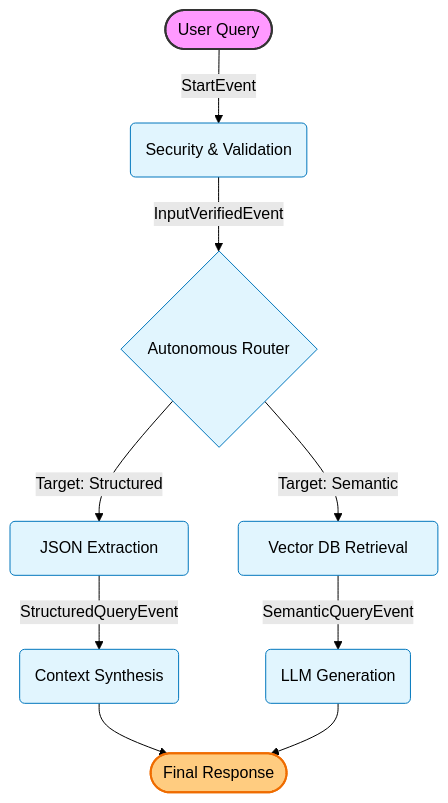
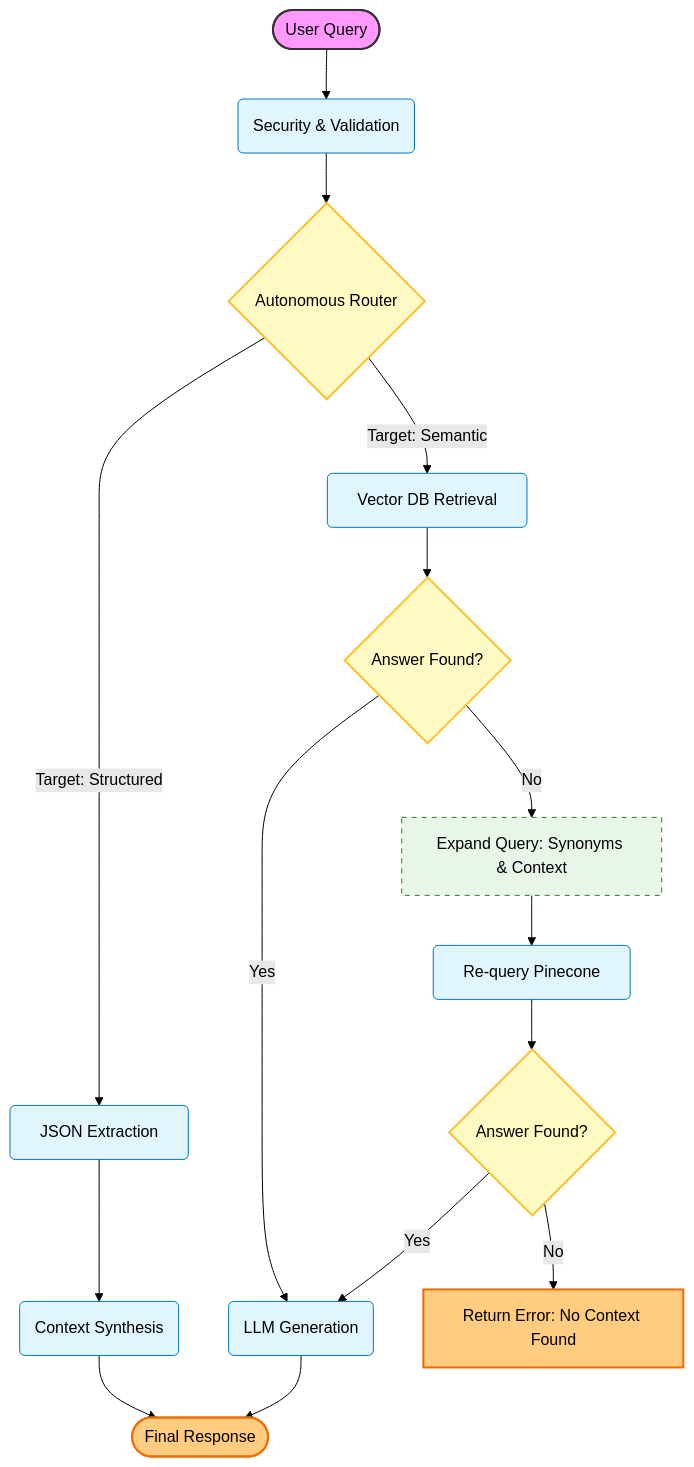
One commit to Chedvy-Rizi/Agentic-Insights-RAG changed the diagram in README.md. Above: the diagram before and after it, drawn with Mermaid (forest theme). The commit also changed other lines of this file, not shown here.

Commit message:
fix the workflow with all the steps

````diff
--- a/README.md
+++ b/README.md
@@ -40,26 +40,34 @@
 ```mermaid
 graph TD
     %% Style Definitions
     classDef start fill:#f9f,stroke:#333,stroke-width:2px,color:black;
     classDef step fill:#e1f5fe,stroke:#0277bd,stroke-width:1px,color:black,rx:5,ry:5;
-    classDef event fill:#e8f5e9,stroke:#2e7d32,stroke-width:1px,color:black,stroke-dasharray: 5 5;
+    classDef decision fill:#fff9c4,stroke:#fbc02d,stroke-width:2px,color:black;
+    classDef retry fill:#e8f5e9,stroke:#2e7d32,stroke-width:1px,color:black,stroke-dasharray: 5 5;
     classDef stop fill:#ffcc80,stroke:#ef6c00,stroke-width:2px,color:black;
 
     %% Entry Point
-    A([User Query]):::start -->|StartEvent| B(Security & Validation):::step
+    A([User Query]):::start --> B(Security & Validation):::step
+    B --> C{Autonomous Router}:::decision
 
-    %% Validation Stage
-    B -->|InputVerifiedEvent| C{Autonomous Router}:::step
+    %% Path A: Structured
+    C -->|Target: Structured| D[JSON Extraction]:::step
+    D --> F(Context Synthesis):::step
 
-    %% The Routing Logic
-    C -->|Target: Structured| D[JSON Extraction]:::step
+    %% Path B: Semantic (The Detailed Flow)
     C -->|Target: Semantic| E[Vector DB Retrieval]:::step
-
-    %% Path A: Structured Data
-    D -->|StructuredQueryEvent| F(Context Synthesis):::step
+    E --> E_Check{Answer Found?}:::decision
+    
+    %% Synonym Logic
+    E_Check -->|No| E_Retry[Expand Query: Synonyms & Context]:::retry
+    E_Retry --> E_Refetch[Re-query Pinecone]:::step
+    E_Refetch --> E_Check2{Answer Found?}:::decision
+    
+    %% Final Outcomes
+    E_Check -->|Yes| H(LLM Generation):::step
+    E_Check2 -->|Yes| H
+    E_Check2 -->|No| I[Return Error: No Context Found]:::stop
+    
     F --> G([Final Response]):::stop
-
-    %% Path B: Semantic Search
-    E -->|SemanticQueryEvent| H(LLM Generation):::step
     H --> G
 ```
````
